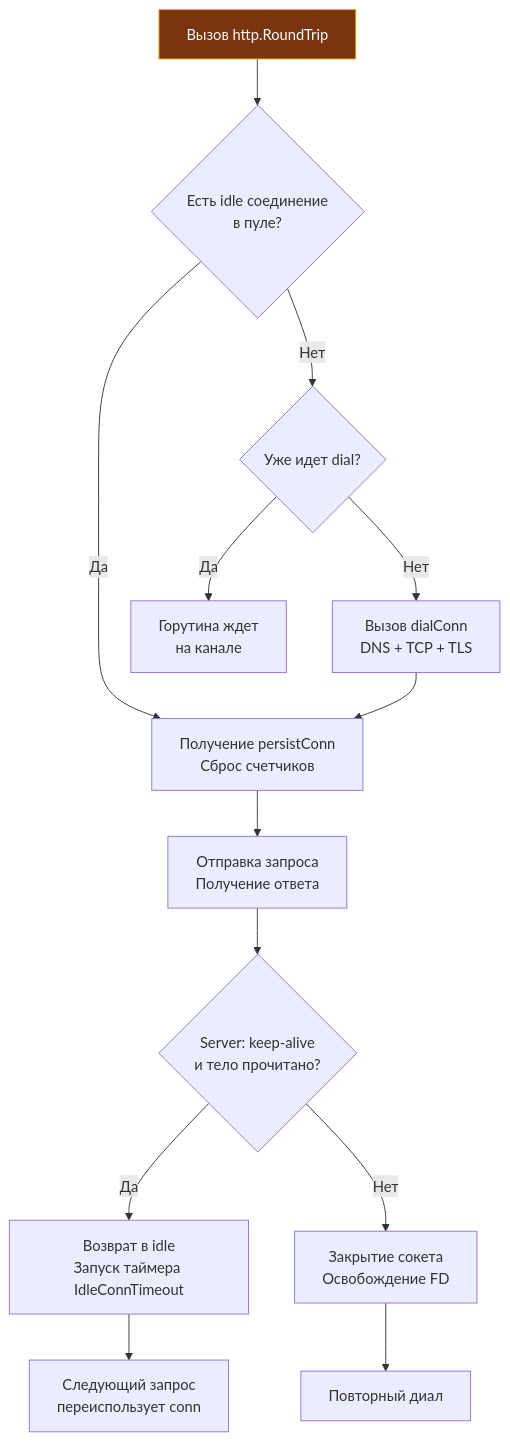
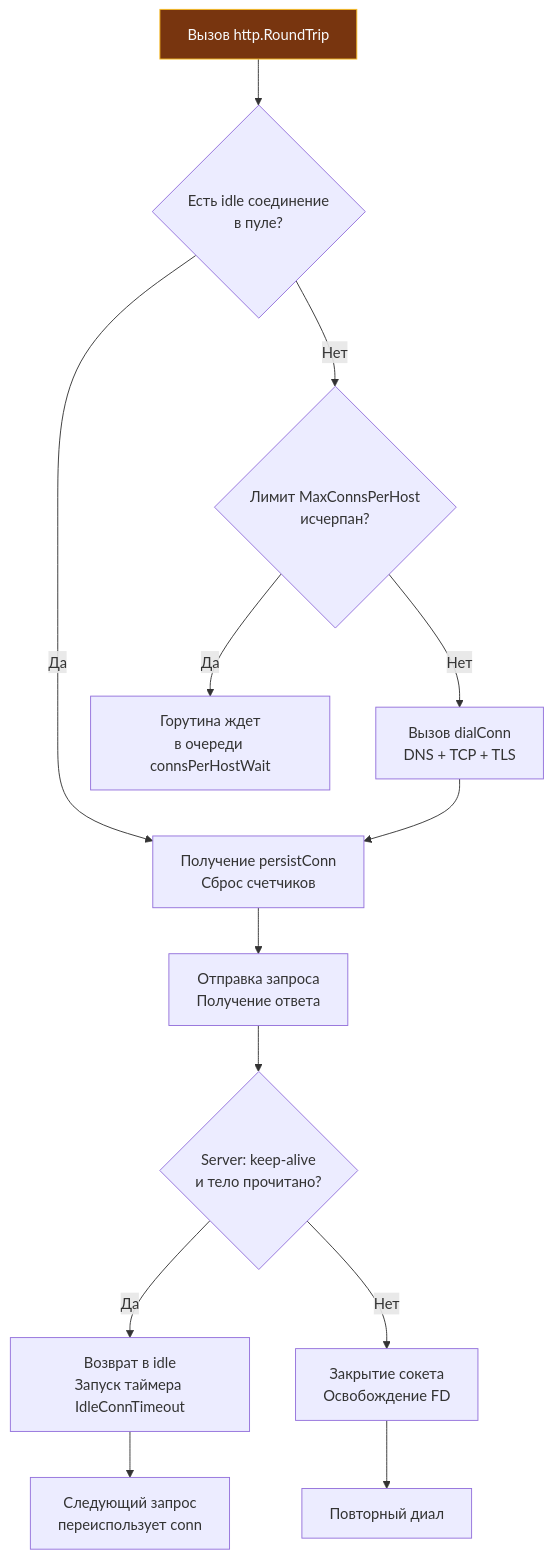
Before and after one commit to UnrealTemplier/go-textbook-ru: the diagram in sources/6. Стандартная библиотека Go/34. net_http под капотом. Transport, Connection Pool, Keep Alive.md, drawn with Mermaid. The commit also changed other lines of this file and 47 other files, not shown here.

````diff
--- a/sources/6. Стандартная библиотека Go/34. net_http под капотом. Transport, Connection Pool, Keep Alive.md
+++ b/sources/6. Стандартная библиотека Go/34. net_http под капотом. Transport, Connection Pool, Keep Alive.md
@@ -42,25 +43,25 @@
 ```mermaid
 flowchart TD
     classDef process  fill:#1e293b,stroke:#38bdf8,stroke-width:1px,color:#f8fafc
     classDef success  fill:#064e3b,stroke:#34d399,stroke-width:1px,color:#f8fafc
     classDef error    fill:#7f1d1d,stroke:#f87171,stroke-width:1px,color:#f8fafc
     classDef warning  fill:#78350f,stroke:#fbbf24,stroke-width:1px,color:#f8fafc
     classDef entry    fill:#1e3a5f,stroke:#38bdf8,stroke-width:2px,color:#f8fafc
     classDef aux      fill:#334155,stroke:#64748b,stroke-width:1px,color:#f8fafc
     classDef system   fill:#312e81,stroke:#a78bfa,stroke-width:1px,color:#f8fafc
     classDef data     fill:#132d29,stroke:#2dd4bf,stroke-width:1px,color:#f8fafc
     classDef network  fill:#881337,stroke:#fb7185,stroke-width:1px,color:#f8fafc
     classDef accent   fill:#1e1b4b,stroke:#818cf8,stroke-width:1px,color:#f8fafc
     A["Вызов http.RoundTrip"]:::warning --> B{"Есть idle соединение<br>в пуле?"}
     B -->|Да| C["Получение persistConn<br>Сброс счетчиков"]
-    B -->|Нет| D{"Уже идет dial?"}
-    D -->|Да| E["Горутина ждет<br>на канале"]
+    B -->|Нет| D{"Лимит MaxConnsPerHost<br>исчерпан?"}
+    D -->|Да| E["Горутина ждет<br>в очереди connsPerHostWait"]
     D -->|Нет| F["Вызов dialConn<br>DNS + TCP + TLS"]
     F --> C
     C --> G["Отправка запроса<br>Получение ответа"]
     G --> H{"Server: keep-alive<br>и тело прочитано?"}
     H -->|Да| I["Возврат в idle<br>Запуск таймера IdleConnTimeout"]
     H -->|Нет| J["Закрытие сокета<br>Освобождение FD"]
     I --> K["Следующий запрос<br>переиспользует conn"]
     J --> L["Повторный диал"]
 ```
````
